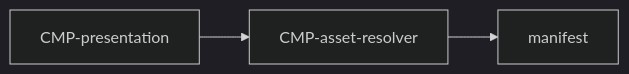
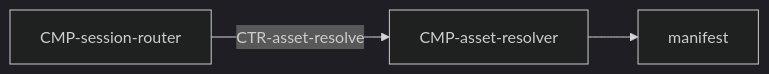
The diagram in specs/technical/components/asset-resolver.md (waigore/simplechessv2), drawn with Mermaid (dark theme) before and after one commit. The commit also changed other lines of this file and 120 other files, not shown here.

````diff
--- a/specs/technical/components/asset-resolver.md
+++ b/specs/technical/components/asset-resolver.md
@@ -36,8 +36,8 @@
 ```mermaid
 flowchart LR
-  V[CMP-presentation]
-  R[CMP-asset-resolver]
+  SR[CMP-session-router]
+  AR[CMP-asset-resolver]
   M[manifest]
-  V --> R
-  R --> M
+  SR -->|CTR-asset-resolve| AR
+  AR --> M
 ```
````
